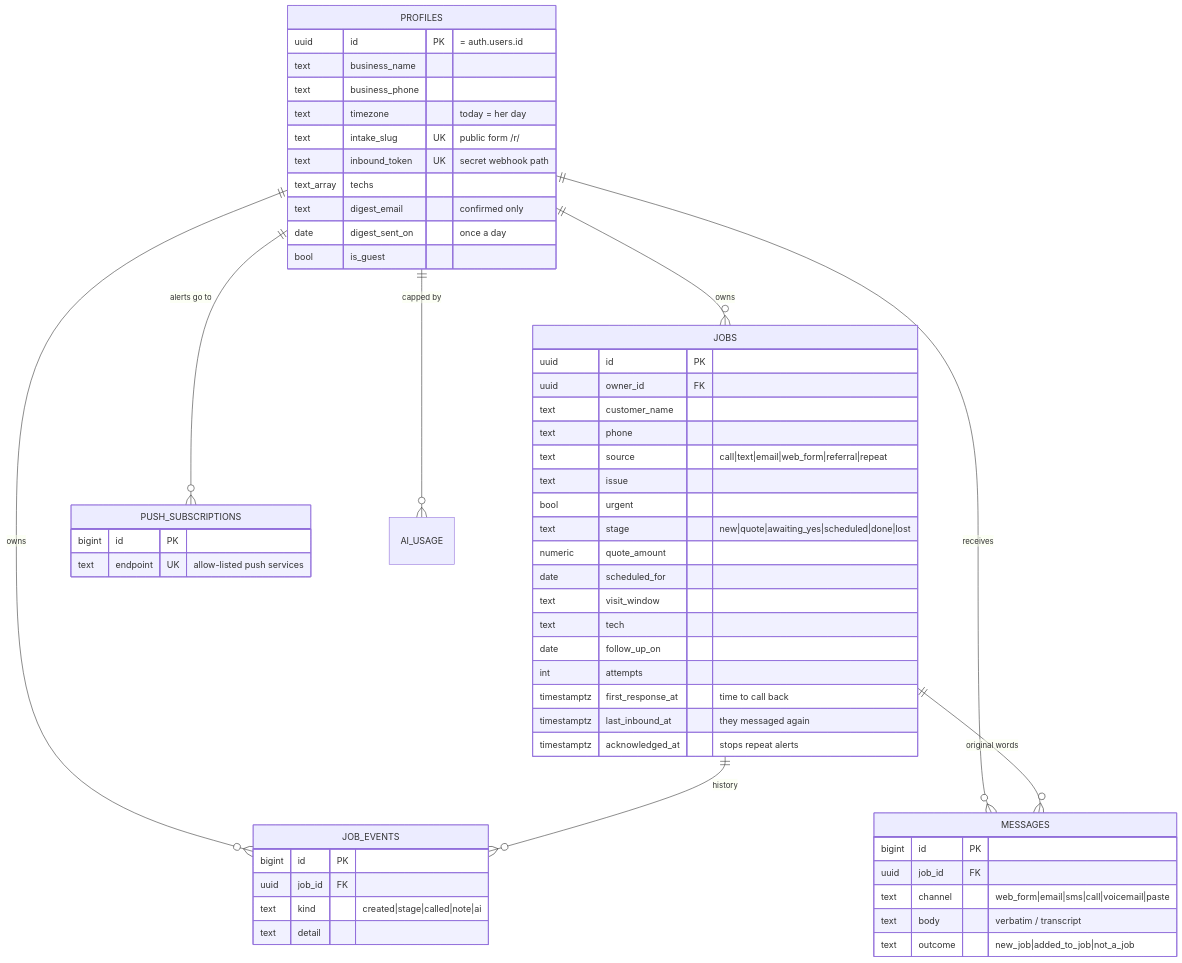
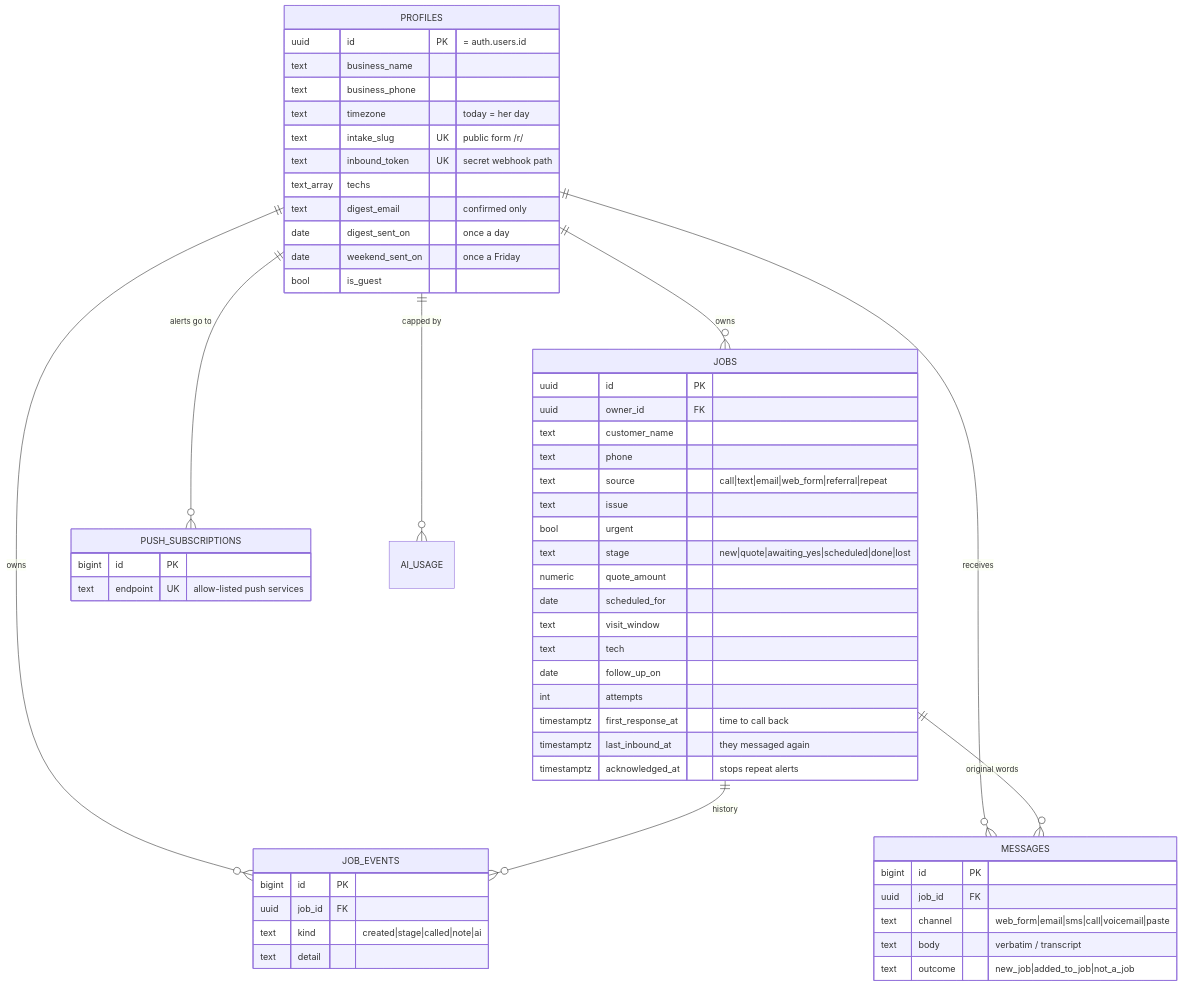
One commit to Zakuroooo/FollowUp changed the fifth of 5 diagrams in README.md. Above: the diagram before and after it, drawn with Mermaid. The commit also changed other lines of this file and 2 other files, not shown here.

````diff
--- a/README.md
+++ b/README.md
@@ -201,59 +215,60 @@
 ```mermaid
 erDiagram
   PROFILES ||--o{ JOBS : owns
   PROFILES ||--o{ JOB_EVENTS : owns
   PROFILES ||--o{ MESSAGES : receives
   PROFILES ||--o{ PUSH_SUBSCRIPTIONS : "alerts go to"
   PROFILES ||--o{ AI_USAGE : "capped by"
   JOBS ||--o{ JOB_EVENTS : "history"
   JOBS ||--o{ MESSAGES : "original words"
 
   PROFILES {
     uuid id PK "= auth.users.id"
     text business_name
     text business_phone
     text timezone "today = her day"
     text intake_slug UK "public form /r/<slug>"
     text inbound_token UK "secret webhook path"
     text_array techs
     text digest_email "confirmed only"
     date digest_sent_on "once a day"
+    date weekend_sent_on "once a Friday"
     bool is_guest
   }
   JOBS {
     uuid id PK
     uuid owner_id FK
     text customer_name
     text phone
     text source "call|text|email|web_form|referral|repeat"
     text issue
     bool urgent
     text stage "new|quote|awaiting_yes|scheduled|done|lost"
     numeric quote_amount
     date scheduled_for
     text visit_window
     text tech
     date follow_up_on
     int attempts
     timestamptz first_response_at "time to call back"
     timestamptz last_inbound_at "they messaged again"
     timestamptz acknowledged_at "stops repeat alerts"
   }
   JOB_EVENTS {
     bigint id PK
     uuid job_id FK
     text kind "created|stage|called|note|ai"
     text detail
   }
   MESSAGES {
     bigint id PK
     uuid job_id FK
     text channel "web_form|email|sms|call|voicemail|paste"
     text body "verbatim / transcript"
     text outcome "new_job|added_to_job|not_a_job"
   }
   PUSH_SUBSCRIPTIONS {
     bigint id PK
     text endpoint UK "allow-listed push services"
   }
 ```
````
